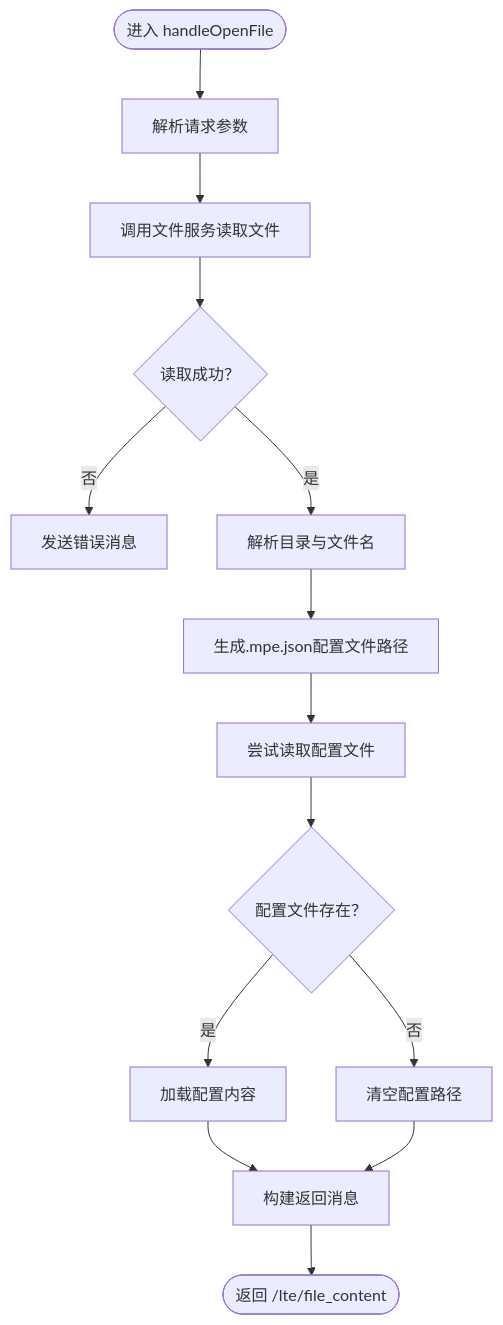
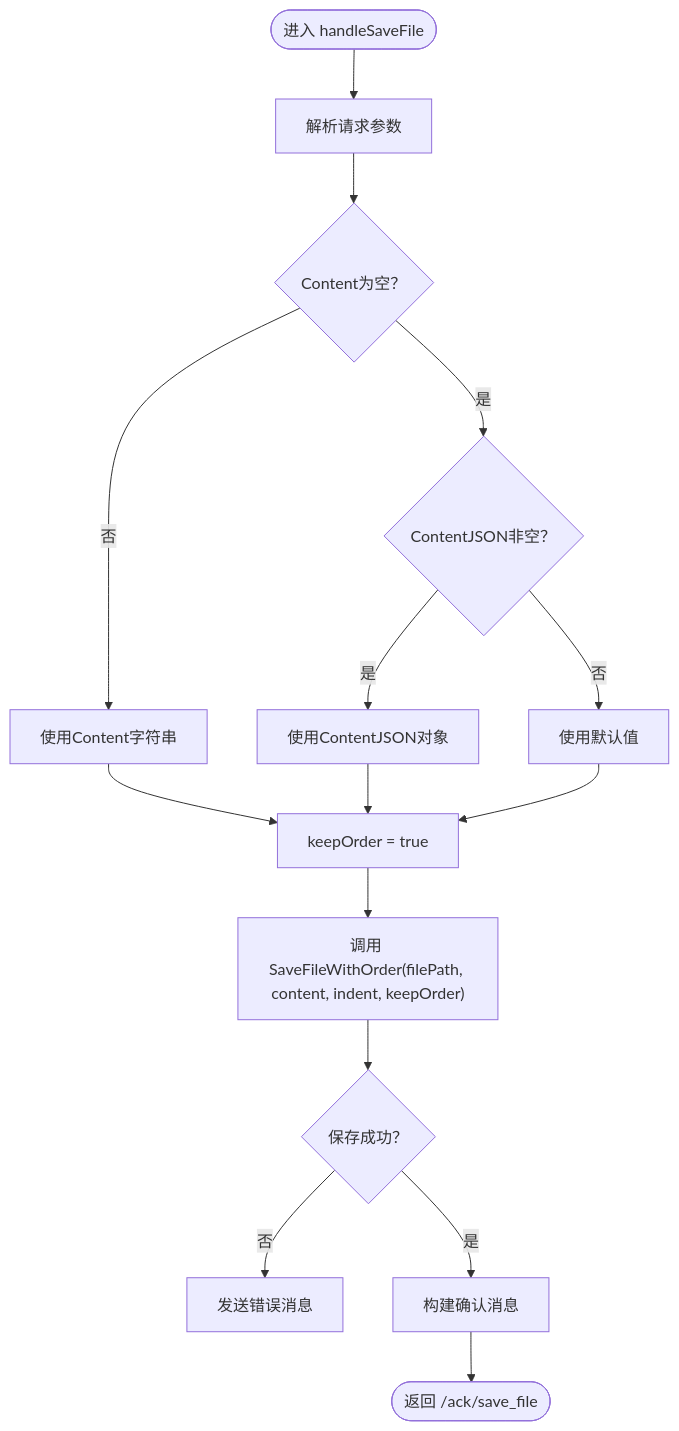
Before and after one commit to kqcoxn/MaaPipelineEditor: the third of 8 diagrams in .qoder/repowiki/zh/content/开发者指南/代码结构说明/后端架构设计/协议处理器系统/文件协议处理器.md, drawn with Mermaid. The commit also changed other lines of this file and 31 other files, not shown here.

````diff
--- a/.qoder/repowiki/zh/content/开发者指南/代码结构说明/后端架构设计/协议处理器系统/文件协议处理器.md
+++ b/.qoder/repowiki/zh/content/开发者指南/代码结构说明/后端架构设计/协议处理器系统/文件协议处理器.md
@@ -185,16 +211,17 @@
 ```mermaid
 flowchart TD
-Start(["进入 handleOpenFile"]) --> Parse["解析请求参数"]
-Parse --> Read["调用文件服务读取文件"]
-Read --> ReadOK{"读取成功？"}
-ReadOK --> |否| SendErr["发送错误消息"]
-ReadOK --> |是| Extract["解析目录与文件名"]
-Extract --> GenCfg["生成.mpe.json配置文件路径"]
-GenCfg --> TryRead["尝试读取配置文件"]
-TryRead --> HasCfg{"配置文件存在？"}
-HasCfg --> |是| LoadCfg["加载配置内容"]
-HasCfg --> |否| NoCfg["清空配置路径"]
-LoadCfg --> BuildResp["构建返回消息"]
-NoCfg --> BuildResp
-BuildResp --> End(["返回 /lte/file_content"])
+Start(["进入 handleSaveFile"]) --> Parse["解析请求参数"]
+Parse --> CheckContent{"Content为空？"}
+CheckContent --> |是| CheckJSON{"ContentJSON非空？"}
+CheckJSON --> |是| UseJSON["使用ContentJSON对象"]
+CheckJSON --> |否| Default["使用默认值"]
+CheckContent --> |否| UseString["使用Content字符串"]
+UseString --> SetOrder["keepOrder = true"]
+UseJSON --> SetOrder
+Default --> SetOrder
+SetOrder --> Save["调用 SaveFileWithOrder(filePath, content, indent, keepOrder)"]
+Save --> Success{"保存成功？"}
+Success --> |否| SendErr["发送错误消息"]
+Success --> |是| BuildAck["构建确认消息"]
+BuildAck --> End(["返回 /ack/save_file"])
 ```
````
